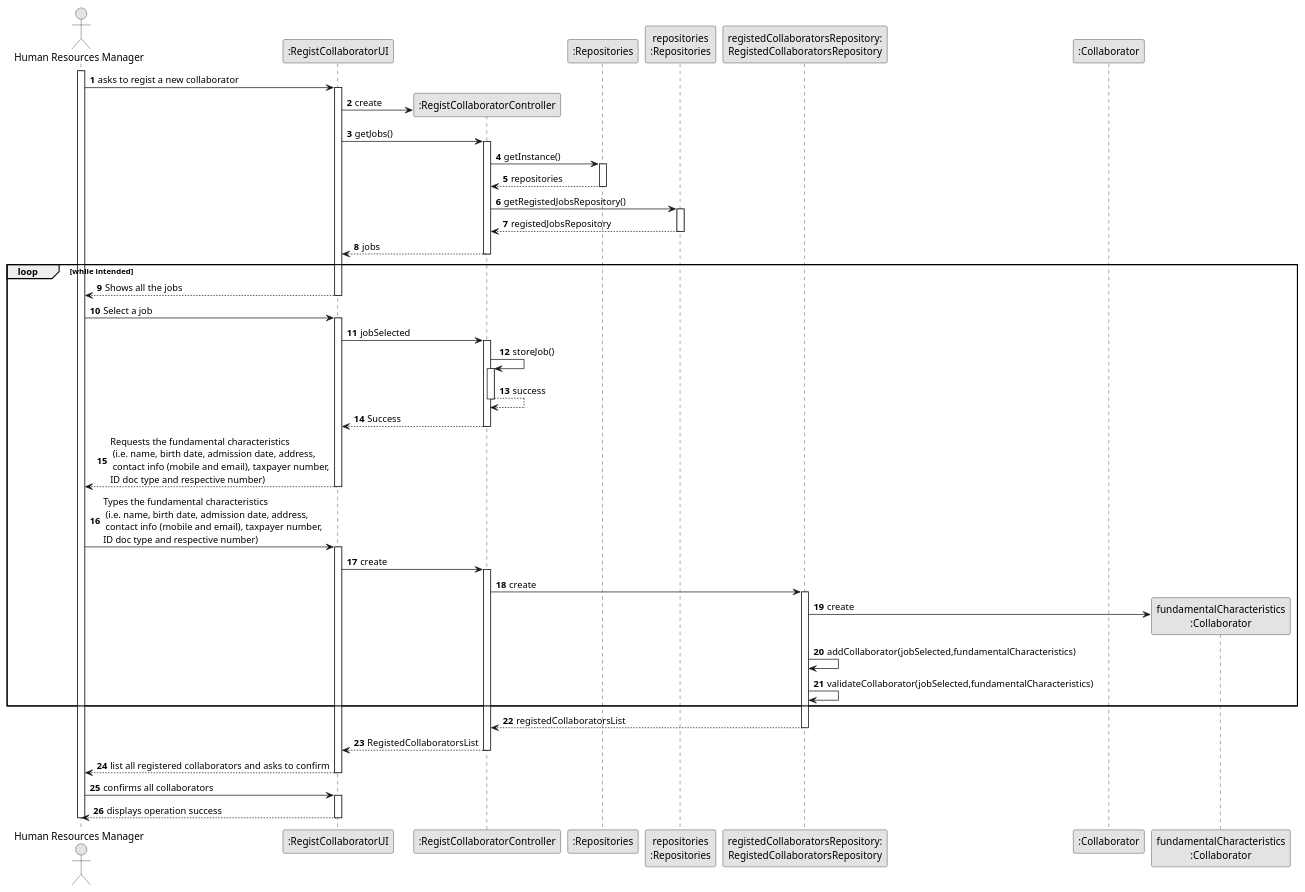
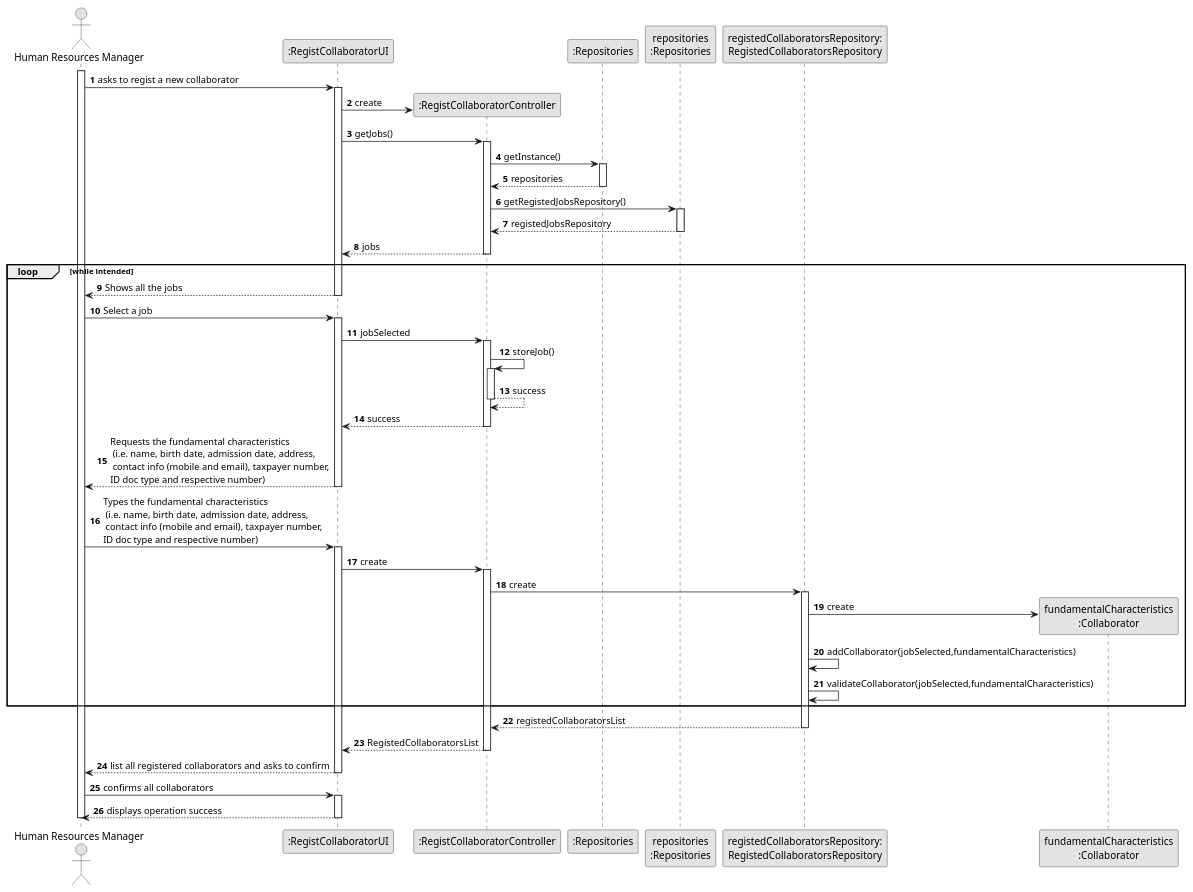
One commit to 1231360-ISEP/lei-24-s2-1db-g021 changed the diagram in docs/sprint2/us003/03.design/puml/us003-sequence-diagram-full.puml. Above: the diagram before and after it, drawn with PlantUML. The commit also changed 1 other file, not shown here.

```diff
--- a/docs/sprint2/us003/03.design/puml/us003-sequence-diagram-full.puml
+++ b/docs/sprint2/us003/03.design/puml/us003-sequence-diagram-full.puml
@@ -1,97 +1,96 @@
 @startuml
 skinparam monochrome true
 skinparam packageStyle rectangle
 skinparam shadowing false
 
 autonumber
 
 'hide footbox
 actor "Human Resources Manager" as ADM
 participant ":RegistCollaboratorUI" as UI
 participant ":RegistCollaboratorController" as CTRL
 participant ":Repositories" as RepositorySingleton
 participant "repositories\n:Repositories" as PLAT
 participant "registedCollaboratorsRepository:\nRegistedCollaboratorsRepository" as RegistedCollaboratorsRepository
-participant ":Collaborator" as Collaborator
 participant "fundamentalCharacteristics\n:Collaborator" as Data
 
 activate ADM
 
         ADM -> UI : asks to regist a new collaborator
 
         activate UI
 
 '            UI --> ADM : requests data (reference, description,  informal \n description, technical description, duration, cost)
             'create CTRL
             UI -> CTRL** : create
 
             UI -> CTRL : getJobs()
             activate CTRL
 
                 CTRL -> RepositorySingleton : getInstance()
                 activate RepositorySingleton
 
                     RepositorySingleton --> CTRL: repositories
                 deactivate RepositorySingleton
 
                 CTRL -> PLAT : getRegistedJobsRepository()
                 activate PLAT
 
                     PLAT --> CTRL: registedJobsRepository
                 deactivate PLAT
 
                 CTRL --> UI : jobs
             deactivate CTRL
         loop while intended
             UI --> ADM : Shows all the jobs
         deactivate UI
 
     ADM -> UI : Select a job
     activate UI
 
             UI -> CTRL : jobSelected
                 activate CTRL
                 CTRL -> CTRL : storeJob()
 
                 activate CTRL
                     CTRL --> CTRL : success
                 deactivate CTRL
 
-                CTRL --> UI : Success
+                CTRL --> UI : success
             deactivate CTRL
 
             UI --> ADM : Requests the fundamental characteristics\n (i.e. name, birth date, admission date, address,\n contact info (mobile and email), taxpayer number,\nID doc type and respective number)
         deactivate UI
 
     ADM -> UI : Types the fundamental characteristics\n (i.e. name, birth date, admission date, address,\n contact info (mobile and email), taxpayer number,\nID doc type and respective number)
     activate UI
         UI -> CTRL: create
 
         activate CTRL
             CTRL -> RegistedCollaboratorsRepository : create
 
             activate RegistedCollaboratorsRepository
                 RegistedCollaboratorsRepository -> Data**: create
                 RegistedCollaboratorsRepository -> RegistedCollaboratorsRepository: addCollaborator(jobSelected,fundamentalCharacteristics)
                 RegistedCollaboratorsRepository -> RegistedCollaboratorsRepository: validateCollaborator(jobSelected,fundamentalCharacteristics)
         end
                 RegistedCollaboratorsRepository --> CTRL : registedCollaboratorsList
             deactivate RegistedCollaboratorsRepository
 
             CTRL --> UI : RegistedCollaboratorsList
 
         deactivate CTRL
 
         UI --> ADM : list all registered collaborators and asks to confirm
 
     deactivate UI
 
     ADM -> UI : confirms all collaborators
 
     activate UI
     UI --> ADM : displays operation success
     deactivate UI
 
 deactivate ADM
 
 @enduml
```
